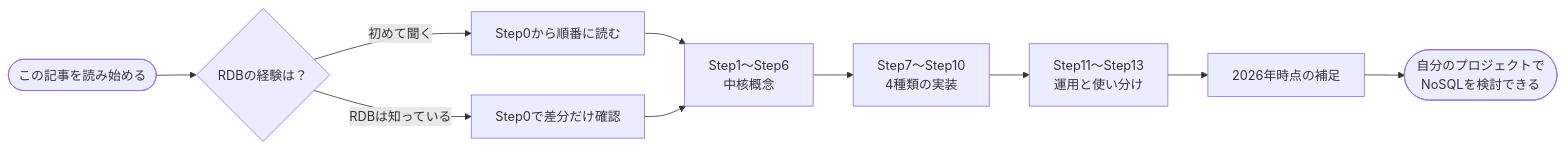
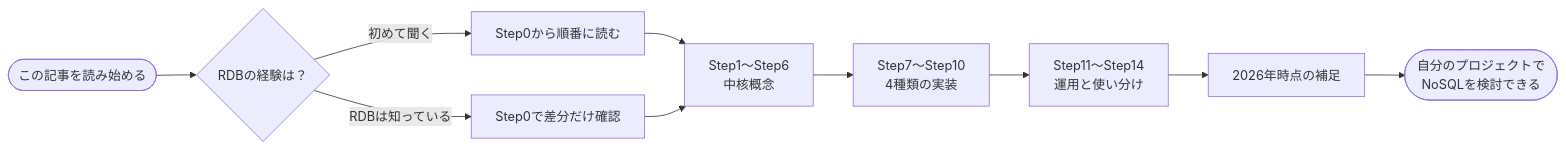
The first of 16 diagrams in Nosql-distilled-guide.md (myoshi2891/Software-Design-and-Architecture), drawn with Mermaid before and after one commit.

Commit message:
docs(nosql-distilled): 学習ロードマップの運用ノードにStep14を含める

````diff
--- a/Nosql-distilled-guide.md
+++ b/Nosql-distilled-guide.md
@@ -52,12 +52,12 @@
 ```mermaid
 flowchart LR
     Start(["この記事を読み始める"]) --> Q1{"RDBの経験は？"}
     Q1 -->|"初めて聞く"| A["Step0から順番に読む"]
     Q1 -->|"RDBは知っている"| B["Step0で差分だけ確認"]
     A --> Core["Step1〜Step6<br/>中核概念"]
     B --> Core
     Core --> Impl["Step7〜Step10<br/>4種類の実装"]
-    Impl --> Ops["Step11〜Step13<br/>運用と使い分け"]
+    Impl --> Ops["Step11〜Step14<br/>運用と使い分け"]
     Ops --> Now["2026年時点の補足"]
     Now --> Goal(["自分のプロジェクトで<br/>NoSQLを検討できる"])
 ```
````
